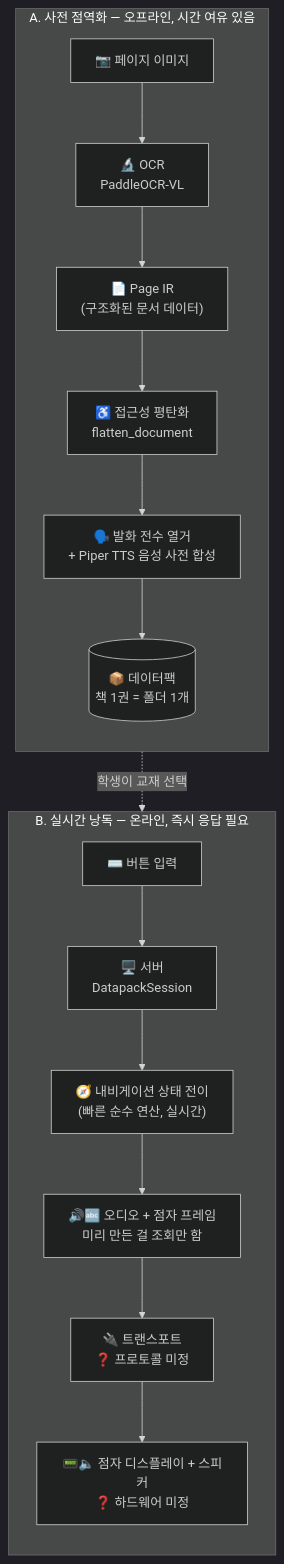
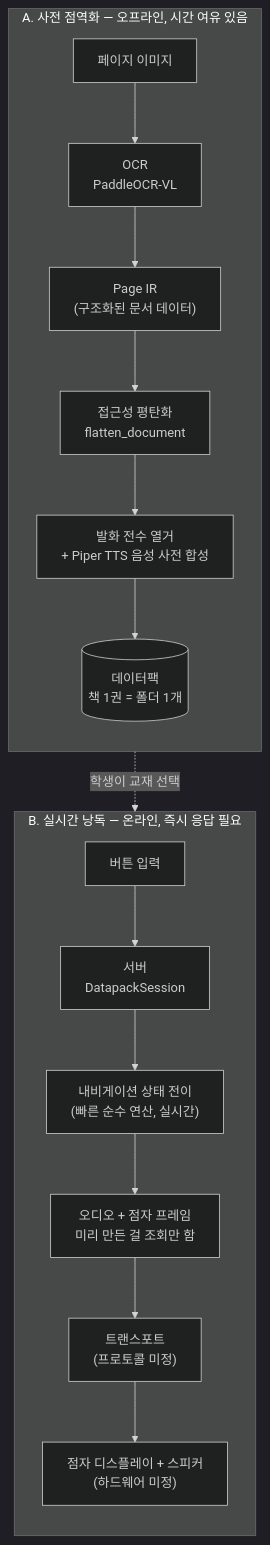
Before and after one commit to Edwin29/ASL_OCR: the diagram in document-parser/README.md, drawn with Mermaid (dark theme). The commit also changed other lines of this file, not shown here.

Commit message:
Trim decorative emoji from README, keep only status-table markers

````diff
--- a/document-parser/README.md
+++ b/document-parser/README.md
@@ -15,22 +15,22 @@
 ```mermaid
 flowchart TB
     subgraph A["A. 사전 점역화 — 오프라인, 시간 여유 있음"]
         direction TB
-        A1["📷 페이지 이미지"] --> A2["🔬 OCR<br/>PaddleOCR-VL"]
-        A2 --> A3["📄 Page IR<br/>(구조화된 문서 데이터)"]
-        A3 --> A4["♿ 접근성 평탄화<br/>flatten_document"]
-        A4 --> A5["🗣️ 발화 전수 열거<br/>+ Piper TTS 음성 사전 합성"]
-        A5 --> A6[("📦 데이터팩<br/>책 1권 = 폴더 1개")]
+        A1["페이지 이미지"] --> A2["OCR<br/>PaddleOCR-VL"]
+        A2 --> A3["Page IR<br/>(구조화된 문서 데이터)"]
+        A3 --> A4["접근성 평탄화<br/>flatten_document"]
+        A4 --> A5["발화 전수 열거<br/>+ Piper TTS 음성 사전 합성"]
+        A5 --> A6[("데이터팩<br/>책 1권 = 폴더 1개")]
     end
 
     subgraph B["B. 실시간 낭독 — 온라인, 즉시 응답 필요"]
         direction TB
-        B1["⌨️ 버튼 입력"] --> B2["🖥️ 서버<br/>DatapackSession"]
-        B2 --> B3["🧭 내비게이션 상태 전이<br/>(빠른 순수 연산, 실시간)"]
-        B3 --> B4["🔊🔤 오디오 + 점자 프레임<br/>미리 만든 걸 조회만 함"]
-        B4 --> B5["🔌 트랜스포트<br/>❓ 프로토콜 미정"]
-        B5 --> B6["📟🔈 점자 디스플레이 + 스피커<br/>❓ 하드웨어 미정"]
+        B1["버튼 입력"] --> B2["서버<br/>DatapackSession"]
+        B2 --> B3["내비게이션 상태 전이<br/>(빠른 순수 연산, 실시간)"]
+        B3 --> B4["오디오 + 점자 프레임<br/>미리 만든 걸 조회만 함"]
+        B4 --> B5["트랜스포트<br/>(프로토콜 미정)"]
+        B5 --> B6["점자 디스플레이 + 스피커<br/>(하드웨어 미정)"]
     end
 
     A6 -. "학생이 교재 선택" .-> B2
 ```
````
